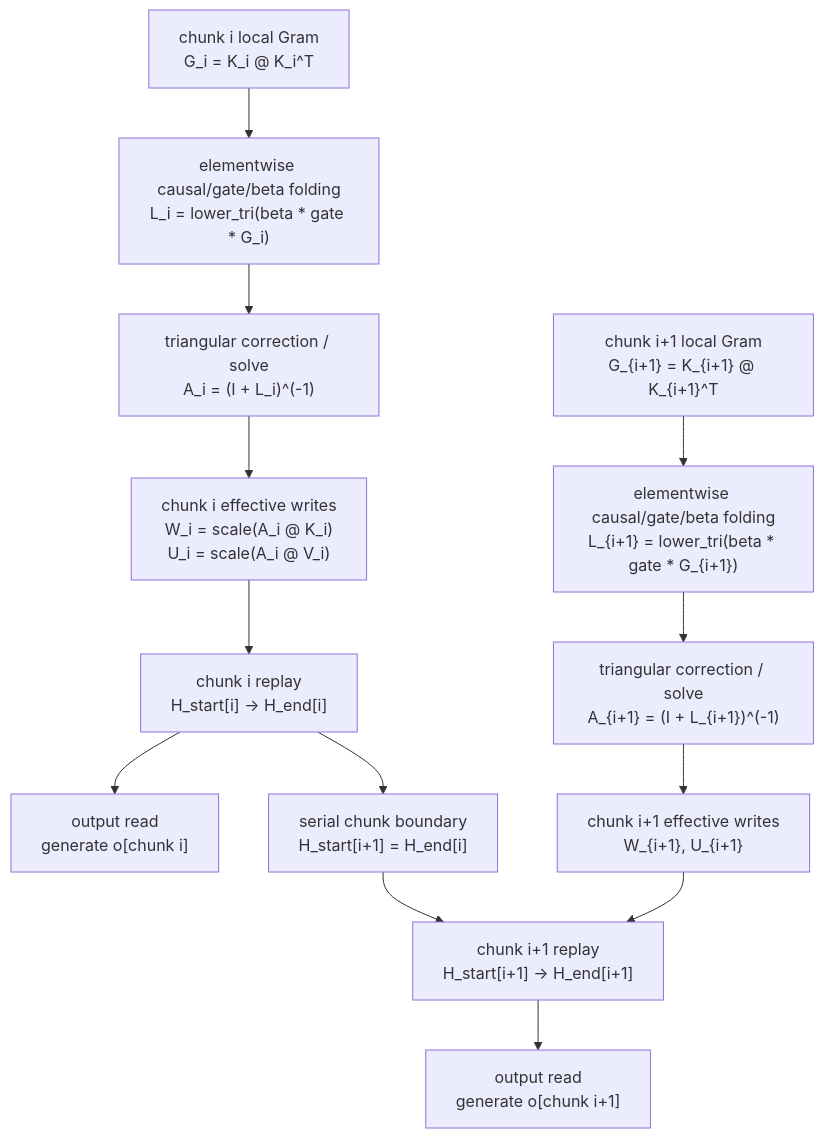
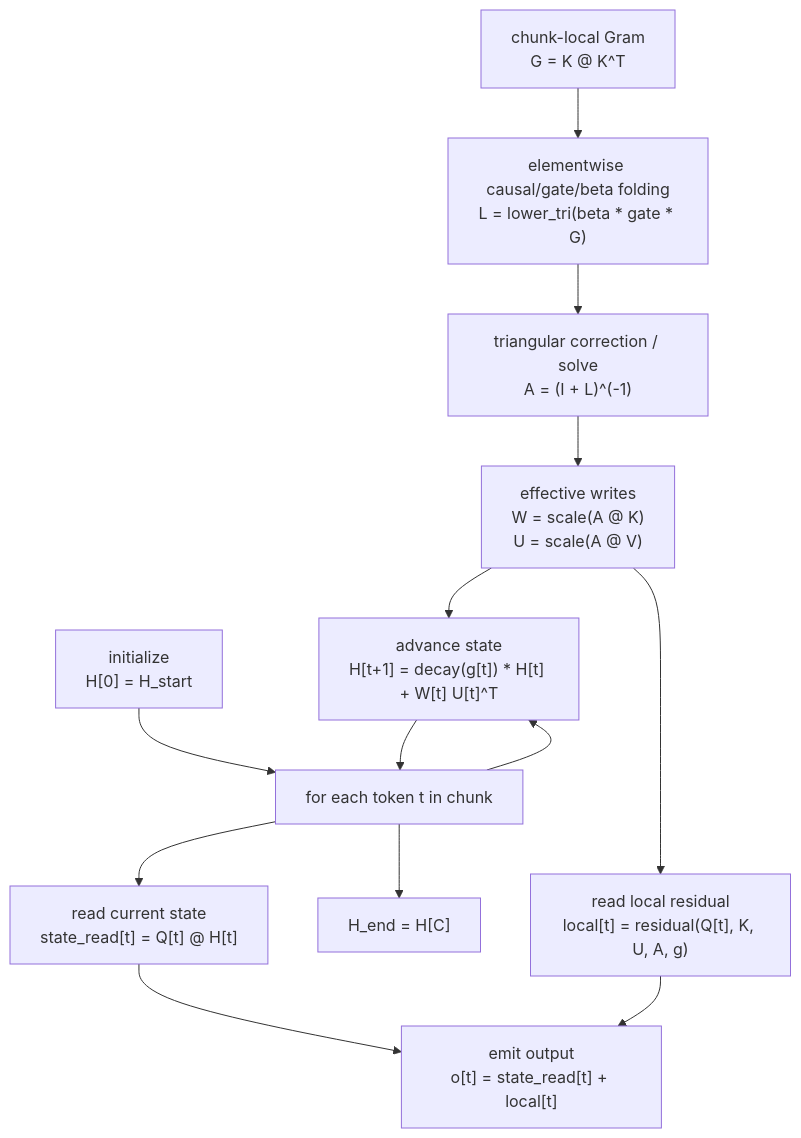
The diagram in presentations/gdn-prefill-cp-split-neumann-zh-v2.md (superAngGao/GDN-files), drawn with Mermaid before and after one commit.

Commit message:
Expand chunk replay computation flow

````diff
--- a/presentations/gdn-prefill-cp-split-neumann-zh-v2.md
+++ b/presentations/gdn-prefill-cp-split-neumann-zh-v2.md
@@ -65,29 +65,28 @@
 ```mermaid
 flowchart TD
-    GramI["chunk i local Gram\nG_i = K_i @ K_i^T"]
-    LI["elementwise causal/gate/beta folding\nL_i = lower_tri(beta * gate * G_i)"]
-    AI["triangular correction / solve\nA_i = (I + L_i)^(-1)"]
-    EWI["chunk i effective writes\nW_i = scale(A_i @ K_i)\nU_i = scale(A_i @ V_i)"]
-    ReplayI["chunk i replay\nH_start[i] -> H_end[i]"]
-    OutputI["output read\ngenerate o[chunk i]"]
-    NextStart["serial chunk boundary\nH_start[i+1] = H_end[i]"]
-    GramJ["chunk i+1 local Gram\nG_{i+1} = K_{i+1} @ K_{i+1}^T"]
-    LJ["elementwise causal/gate/beta folding\nL_{i+1} = lower_tri(beta * gate * G_{i+1})"]
-    AJ["triangular correction / solve\nA_{i+1} = (I + L_{i+1})^(-1)"]
-    EWJ["chunk i+1 effective writes\nW_{i+1}, U_{i+1}"]
-    ReplayJ["chunk i+1 replay\nH_start[i+1] -> H_end[i+1]"]
-    OutputJ["output read\ngenerate o[chunk i+1]"]
+    Gram["chunk-local Gram\nG = K @ K^T"]
+    L["elementwise causal/gate/beta folding\nL = lower_tri(beta * gate * G)"]
+    A["triangular correction / solve\nA = (I + L)^(-1)"]
+    EW["effective writes\nW = scale(A @ K)\nU = scale(A @ V)"]
 
-    GramI --> LI
-    LI --> AI
-    AI --> EWI
-    EWI --> ReplayI
-    ReplayI --> OutputI
-    ReplayI --> NextStart
-    GramJ --> LJ
-    LJ --> AJ
-    AJ --> EWJ
-    EWJ --> ReplayJ
-    NextStart --> ReplayJ
-    ReplayJ --> OutputJ
+    H0["initialize\nH[0] = H_start"]
+    Step["for each token t in chunk"]
+    Read["read current state\nstate_read[t] = Q[t] @ H[t]"]
+    Local["read local residual\nlocal[t] = residual(Q[t], K, U, A, g)"]
+    O["emit output\no[t] = state_read[t] + local[t]"]
+    Update["advance state\nH[t+1] = decay(g[t]) * H[t] + W[t] U[t]^T"]
+    HEnd["H_end = H[C]"]
+
+    Gram --> L
+    L --> A
+    A --> EW
+    EW --> Update
+    EW --> Local
+    H0 --> Step
+    Step --> Read
+    Step --> Update
+    Read --> O
+    Local --> O
+    Update --> Step
+    Step --> HEnd
 ```
````
